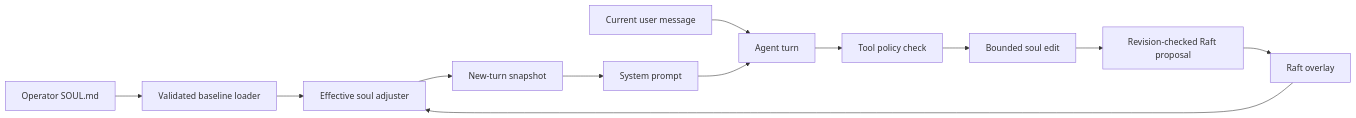
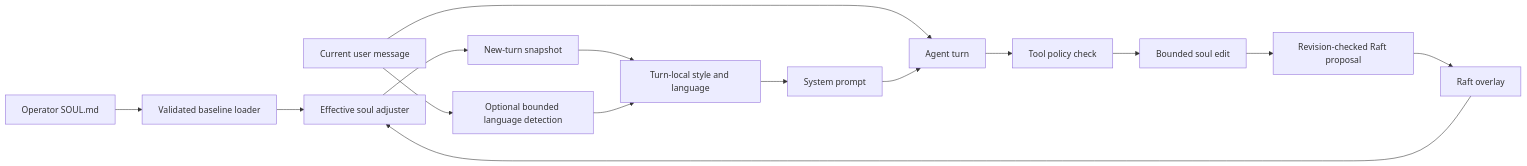
One commit to jmylchreest/lobslaw changed the first of 2 diagrams in docs/dev/SOUL.md. Above: the diagram before and after it, drawn with Mermaid. The commit also changed other lines of this file and 13 other files, not shown here.

````diff
--- a/docs/dev/SOUL.md
+++ b/docs/dev/SOUL.md
@@ -15,14 +15,17 @@
 ```mermaid
 flowchart LR
     File[Operator SOUL.md] --> Loader[Validated baseline loader]
     Loader --> Adjuster[Effective soul adjuster]
     Overlay[Raft overlay] --> Adjuster
     Adjuster --> Snapshot[New-turn snapshot]
-    Snapshot --> Prompt[System prompt]
+    Snapshot --> TurnConfig[Turn-local style and language]
+    User --> Detection[Optional bounded language detection]
+    Detection --> TurnConfig
+    TurnConfig --> Prompt[System prompt]
     User[Current user message] --> Turn[Agent turn]
     Prompt --> Turn
     Turn --> Policy[Tool policy check]
     Policy --> Tune[Bounded soul edit]
     Tune --> CAS[Revision-checked Raft proposal]
     CAS --> Overlay
 ```
````
